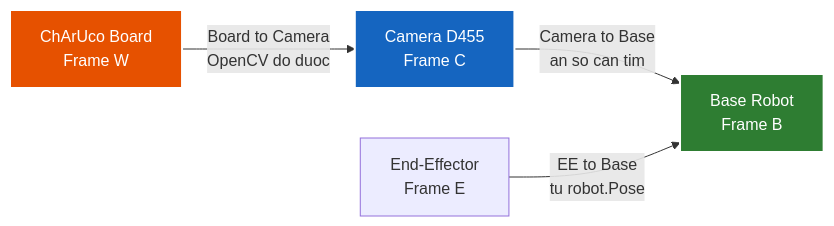
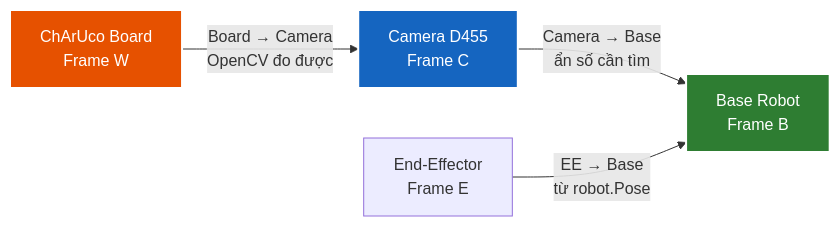
The sixth of 14 diagrams in docs/phat_bieu_bai_toan_v3_2_HD.md (manhhv87/DTwinGP7), drawn with Mermaid before and after one commit. The commit also changed other lines of this file, not shown here.

````diff
--- a/docs/phat_bieu_bai_toan_v3_2_HD.md
+++ b/docs/phat_bieu_bai_toan_v3_2_HD.md
@@ -573,10 +574,10 @@
 ```mermaid
 graph LR
-    A[Camera D455<br/>Frame C] -->|Camera to Base<br/>an so can tim| B[Base Robot<br/>Frame B]
-    D[ChArUco Board<br/>Frame W] -->|Board to Camera<br/>OpenCV do duoc| A
-    C[End-Effector<br/>Frame E] -->|EE to Base<br/>tu robot.Pose| B
+    A[Camera D455<br/>Frame C] -->|Camera → Base<br/>ẩn số cần tìm| B[Base Robot<br/>Frame B]
+    D[ChArUco Board<br/>Frame W] -->|Board → Camera<br/>OpenCV đo được| A
+    C[End-Effector<br/>Frame E] -->|EE → Base<br/>từ robot.Pose| B
     
     style A fill:#1565C0,stroke:#fff,stroke-width:2px,color:#fff
     style B fill:#2E7D32,stroke:#fff,stroke-width:2px,color:#fff
     style D fill:#E65100,stroke:#fff,stroke-width:2px,color:#fff
 ```
````
